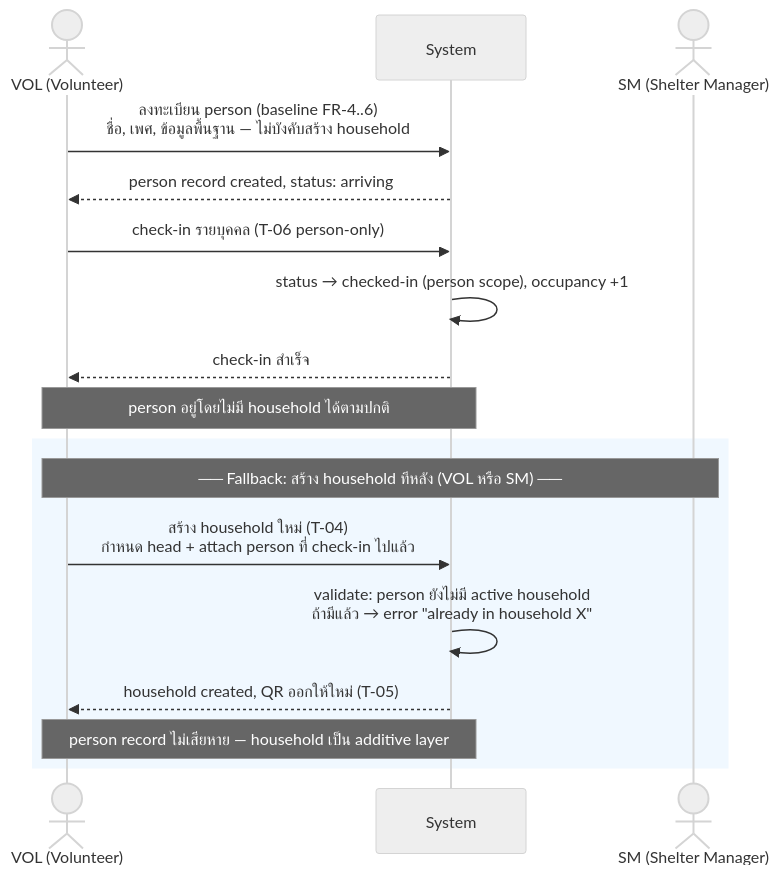
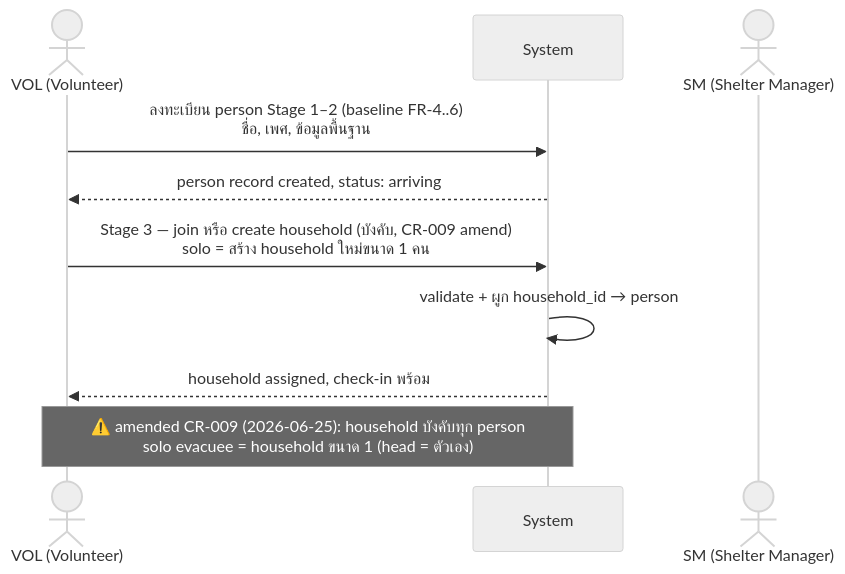
One commit to r202-coe-psu/tent changed the fourth of 8 diagrams in docs/changes/CR-001-people-dod-permission-sync.md. Above: the diagram before and after it, drawn with Mermaid (neutral theme). The commit also changed 6 other files, not shown here.

First line of the commit message:
feat: Update Household Schema and UI to include Primary Household Address fields

````diff
--- a/docs/changes/CR-001-people-dod-permission-sync.md
+++ b/docs/changes/CR-001-people-dod-permission-sync.md
@@ -123,22 +123,14 @@
 ```mermaid
 sequenceDiagram
     actor VOL as VOL (Volunteer)
     participant SYS as System
     actor SM as SM (Shelter Manager)
 
-    VOL->>SYS: ลงทะเบียน person (baseline FR-4..6)<br/>ชื่อ, เพศ, ข้อมูลพื้นฐาน — ไม่บังคับสร้าง household
+    VOL->>SYS: ลงทะเบียน person Stage 1–2 (baseline FR-4..6)<br/>ชื่อ, เพศ, ข้อมูลพื้นฐาน
     SYS-->>VOL: person record created, status: arriving
-    VOL->>SYS: check-in รายบุคคล (T-06 person-only)
-    SYS->>SYS: status → checked-in (person scope), occupancy +1
-    SYS-->>VOL: check-in สำเร็จ
+    VOL->>SYS: Stage 3 — join หรือ create household (บังคับ, CR-009 amend)<br/>solo = สร้าง household ใหม่ขนาด 1 คน
+    SYS->>SYS: validate + ผูก household_id → person
+    SYS-->>VOL: household assigned, check-in พร้อม
 
-    note over VOL,SYS: person อยู่โดยไม่มี household ได้ตามปกติ
-
-    rect rgb(240, 248, 255)
-        note over VOL,SM: ── Fallback: สร้าง household ทีหลัง (VOL หรือ SM) ──
-        VOL->>SYS: สร้าง household ใหม่ (T-04)<br/>กำหนด head + attach person ที่ check-in ไปแล้ว
-        SYS->>SYS: validate: person ยังไม่มี active household<br/>ถ้ามีแล้ว → error "already in household X"
-        SYS-->>VOL: household created, QR ออกให้ใหม่ (T-05)
-        note over VOL,SYS: person record ไม่เสียหาย — household เป็น additive layer
-    end
+    note over VOL,SYS: ⚠️ amended CR-009 (2026-06-25): household บังคับทุก person<br/>solo evacuee = household ขนาด 1 (head = ตัวเอง)
 ```
````
